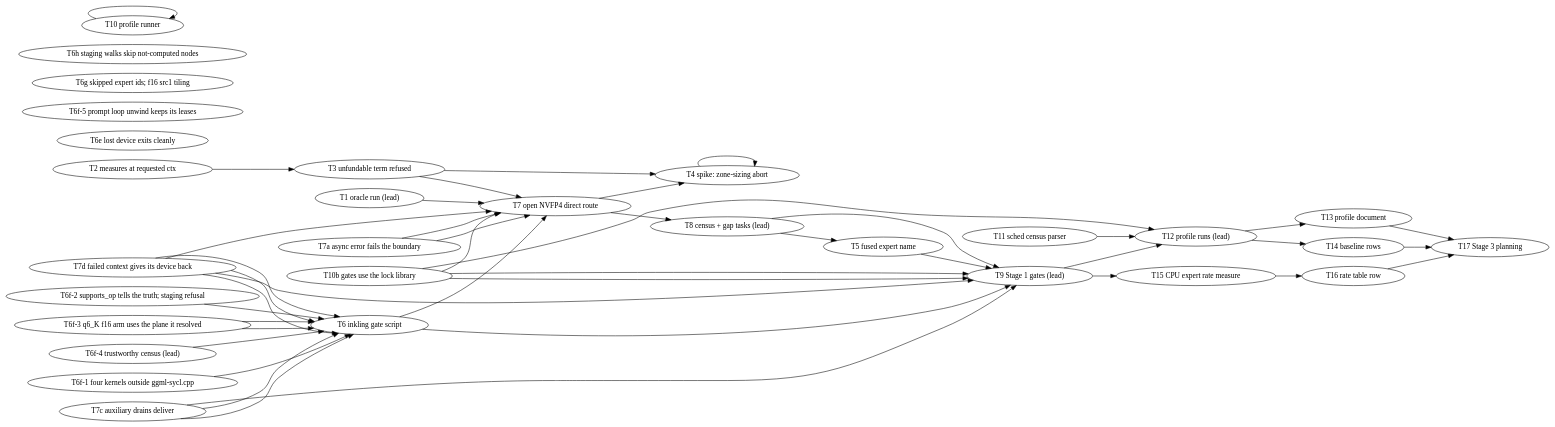
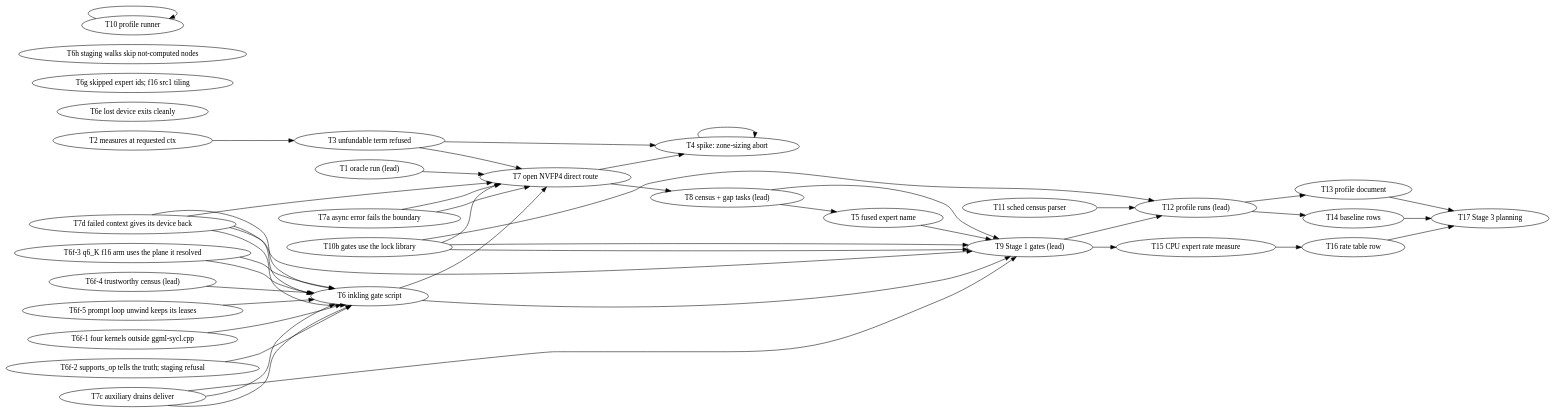
One commit to kainlan/llama.cpp-intel-optimizations changed the diagram in docs/plans/2026-11-21-inkling2-mini-sycl-enable-profile-optimize.md. Above: the diagram before and after it, drawn with Graphviz. The commit also changed other lines of this file, not shown here.

````diff
--- a/docs/plans/2026-11-21-inkling2-mini-sycl-enable-profile-optimize.md
+++ b/docs/plans/2026-11-21-inkling2-mini-sycl-enable-profile-optimize.md
@@ -96,46 +96,46 @@
 ```dot
 digraph dependencies {
     rankdir=LR;
     1  [label="T1 oracle run (lead)"];
     2  [label="T2 measures at requested ctx"];
     3  [label="T3 unfundable term refused"];
     4  [label="T4 spike: zone-sizing abort"];
     4b [label="T4b zone-sizing refusal"];
     5  [label="T5 fused expert name"];
     6  [label="T6 inkling gate script"];
     6b [label="T6b GPT-OSS gate without -ngl"];
     6c [label="T6c spike: GPT-OSS default context loses the B50"];
     6d [label="T6d not-computed nodes are not executed"];
     6e [label="T6e lost device exits cleanly"];
     6f1 [label="T6f-1 four kernels outside ggml-sycl.cpp"];
     6f2 [label="T6f-2 supports_op tells the truth; staging refusal"];
     6f3 [label="T6f-3 q6_K f16 arm uses the plane it resolved"];
     6f4 [label="T6f-4 trustworthy census (lead)"];
     6f5 [label="T6f-5 prompt loop unwind keeps its leases"];
     6g [label="T6g skipped expert ids; f16 src1 tiling"];
     6h [label="T6h staging walks skip not-computed nodes"];
     7a [label="T7a async error fails the boundary"];
     7d [label="T7d failed context gives its device back"];
     7b [label="T7b every queue has the handler"];
     7c [label="T7c auxiliary drains deliver"];
     7  [label="T7 open NVFP4 direct route"];
     8  [label="T8 census + gap tasks (lead)"];
     9  [label="T9 Stage 1 gates (lead)"];
     10 [label="T10 profile runner"];
     10b [label="T10b gates use the lock library"];
     11 [label="T11 sched census parser"];
     12 [label="T12 profile runs (lead)"];
     13 [label="T13 profile document"];
     14 [label="T14 baseline rows"];
     15 [label="T15 CPU expert rate measure"];
     16 [label="T16 rate table row"];
     17 [label="T17 Stage 3 planning"];
     2 -> 3; 3 -> 4b; 4 -> 4b; 7 -> 4b; 8 -> 5;
     1 -> 7a; 7a -> 7; 7a -> 7d; 7d -> 7b; 3 -> 7; 6 -> 7; 7 -> 8; 6c -> 6d; 6d -> 9; 7c -> 6e;
-    6d -> 6f1; 6d -> 6f2; 6f2 -> 6f3; 6f1 -> 6f4; 6f3 -> 6f4; 6f4 -> 6g; 6d -> 6h; 6f3 -> 6f5;
+    6d -> 6f1; 6d -> 6f2; 6f2 -> 6f3; 6f1 -> 6f4; 6f3 -> 6f4; 6f4 -> 6g; 6d -> 6h; 6f3 -> 6f5; 6f5 -> 6g;
     8 -> 9; 6 -> 9; 6b -> 9; 4b -> 9; 5 -> 9; 7b -> 7c; 7c -> 9;
     9 -> 12; 10 -> 10b; 10b -> 12; 11 -> 12;
     12 -> 13; 12 -> 14; 9 -> 15; 15 -> 16;
     13 -> 17; 14 -> 17; 16 -> 17;
 }
 ```
````
